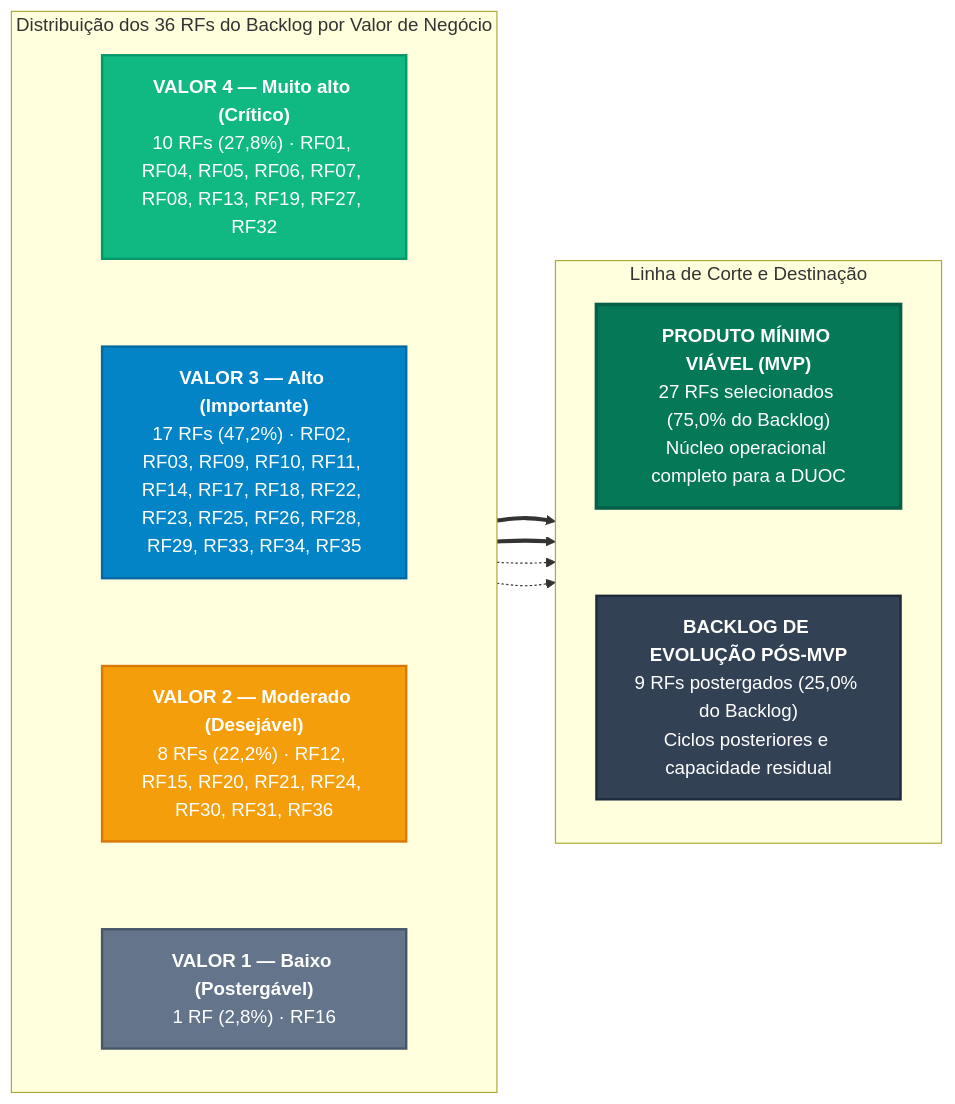
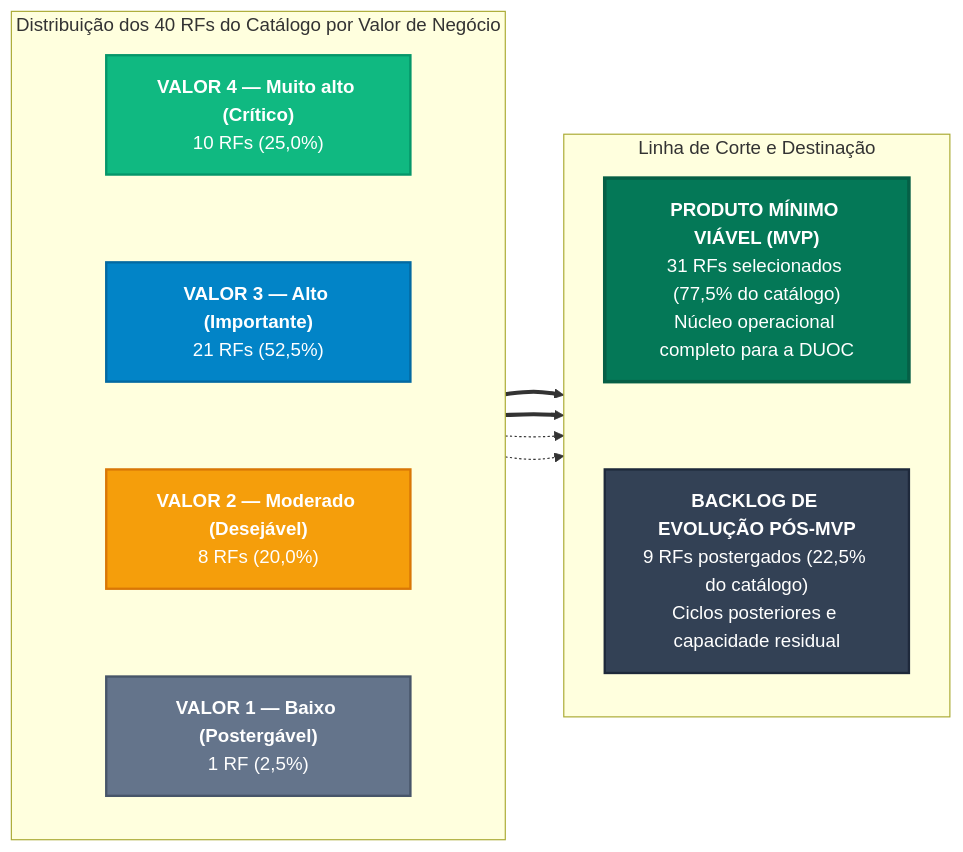
Before and after one commit to mdsreq-fga-unb/REQ-2026.2-T01-DUOC-Finance: the first of 2 diagrams in docs/requisitos/priorizacao.md, drawn with Mermaid. The commit also changed other lines of this file, not shown here.

Commit message:
docs(priorizacao): consolidar RF37 a RF40 na matriz e corrigir linha de corte do MVP

````diff
--- a/docs/requisitos/priorizacao.md
+++ b/docs/requisitos/priorizacao.md
@@ -93,39 +93,39 @@
     ```mermaid
     flowchart LR
-        subgraph NIVEIS["Distribuição dos 36 RFs do Backlog por Valor de Negócio"]
+        subgraph NIVEIS["Distribuição dos 40 RFs do Catálogo por Valor de Negócio"]
             direction TB
-            V4["<b>VALOR 4 — Muito alto (Crítico)</b><br>10 RFs (27,8%) · RF01, RF04, RF05, RF06, RF07, RF08, RF13, RF19, RF27, RF32"]
-            V3["<b>VALOR 3 — Alto (Importante)</b><br>17 RFs (47,2%) · RF02, RF03, RF09, RF10, RF11, RF14, RF17, RF18, RF22, RF23, RF25, RF26, RF28, RF29, RF33, RF34, RF35"]
-            V2["<b>VALOR 2 — Moderado (Desejável)</b><br>8 RFs (22,2%) · RF12, RF15, RF20, RF21, RF24, RF30, RF31, RF36"]
-            V1["<b>VALOR 1 — Baixo (Postergável)</b><br>1 RF (2,8%) · RF16"]
+            V4["<b>VALOR 4 — Muito alto (Crítico)</b><br>10 RFs (25,0%)"]
+            V3["<b>VALOR 3 — Alto (Importante)</b><br>21 RFs (52,5%)"]
+            V2["<b>VALOR 2 — Moderado (Desejável)</b><br>8 RFs (20,0%)"]
+            V1["<b>VALOR 1 — Baixo (Postergável)</b><br>1 RF (2,5%)"]
             V4 ~~~ V3
             V3 ~~~ V2
             V2 ~~~ V1
         end
 
         subgraph DEST["Linha de Corte e Destinação"]
             direction TB
-            MVP["<b>PRODUTO MÍNIMO VIÁVEL (MVP)</b><br>27 RFs selecionados (75,0% do Backlog)<br>Núcleo operacional completo para a DUOC"]
-            POST["<b>BACKLOG DE EVOLUÇÃO PÓS-MVP</b><br>9 RFs postergados (25,0% do Backlog)<br>Ciclos posteriores e capacidade residual"]
+            MVP["<b>PRODUTO MÍNIMO VIÁVEL (MVP)</b><br>31 RFs selecionados (77,5% do catálogo)<br>Núcleo operacional completo para a DUOC"]
+            POST["<b>BACKLOG DE EVOLUÇÃO PÓS-MVP</b><br>9 RFs postergados (22,5% do catálogo)<br>Ciclos posteriores e capacidade residual"]
             MVP ~~~ POST
         end
 
         V4 ==> MVP
         V3 ==> MVP
         V2 -.-> POST
         V1 -.-> POST
 
         classDef v4Class fill:#10b981,stroke:#059669,stroke-width:2px,color:#ffffff;
         classDef v3Class fill:#0284c7,stroke:#0369a1,stroke-width:2px,color:#ffffff;
         classDef v2Class fill:#f59e0b,stroke:#d97706,stroke-width:2px,color:#ffffff;
         classDef v1Class fill:#64748b,stroke:#475569,stroke-width:2px,color:#ffffff;
         classDef mvpClass fill:#047857,stroke:#065f46,stroke-width:3px,color:#ffffff;
         classDef postClass fill:#334155,stroke:#1e293b,stroke-width:2px,color:#ffffff;
 
         class V4 v4Class;
         class V3 v3Class;
         class V2 v2Class;
         class V1 v1Class;
         class MVP mvpClass;
         class POST postClass;
     ```
````
